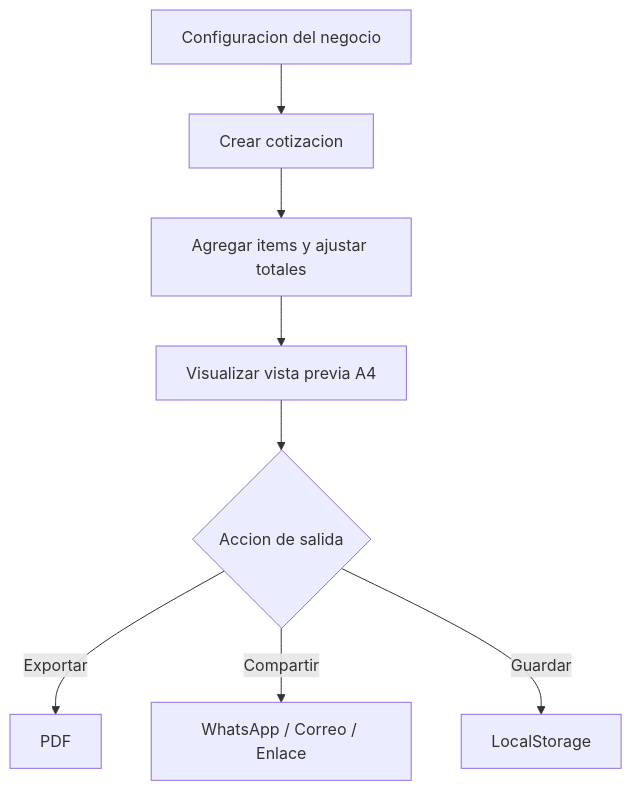
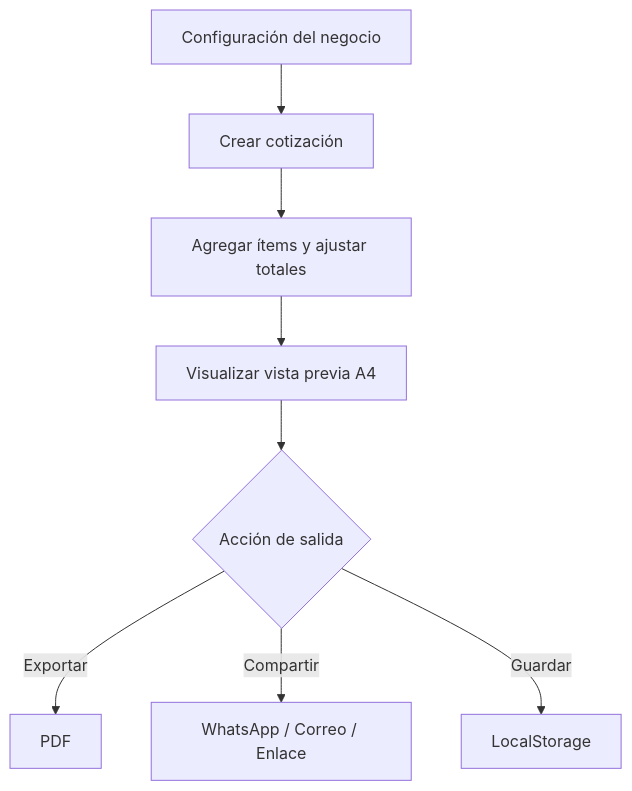
One commit to Suarezsh/cotizador-global changed the diagram in README.md. Above: the diagram before and after it, drawn with Mermaid. The commit also changed other lines of this file, not shown here.

````diff
--- a/README.md
+++ b/README.md
@@ -192,10 +192,10 @@
 ```mermaid
 graph TD
-    A[Configuracion del negocio] --> B[Crear cotizacion]
-    B --> C[Agregar items y ajustar totales]
+    A[Configuración del negocio] --> B[Crear cotización]
+    B --> C[Agregar ítems y ajustar totales]
     C --> D[Visualizar vista previa A4]
-    D --> E{Accion de salida}
+    D --> E{Acción de salida}
     E -->|Exportar| F[PDF]
     E -->|Compartir| G[WhatsApp / Correo / Enlace]
     E -->|Guardar| H[LocalStorage]
 ```
````
